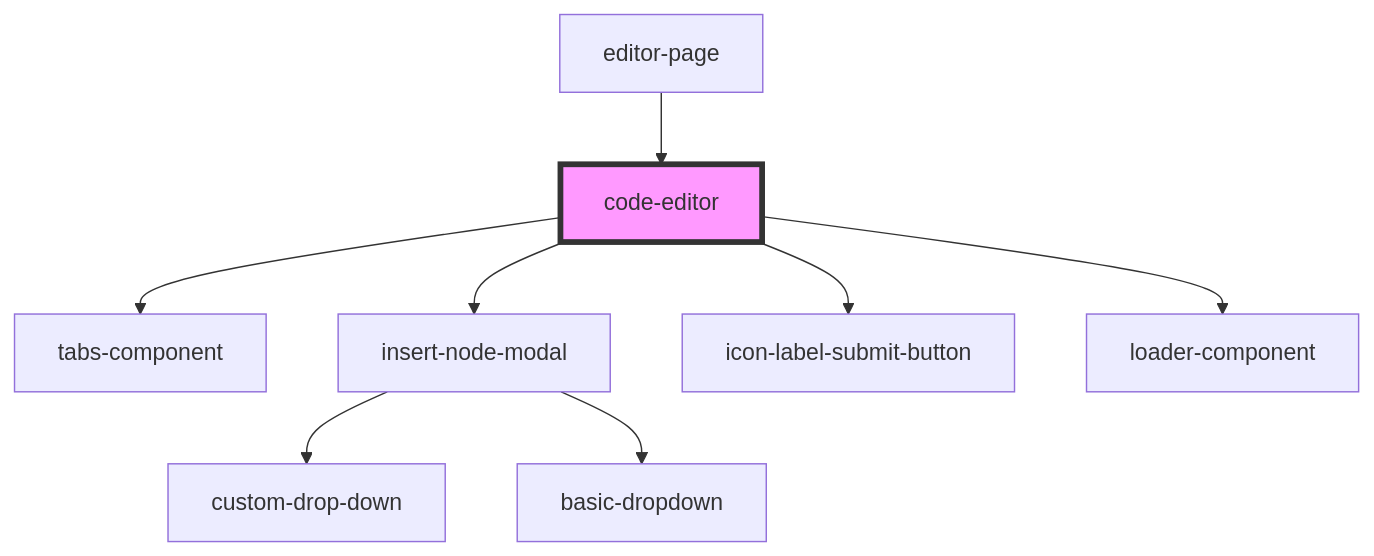
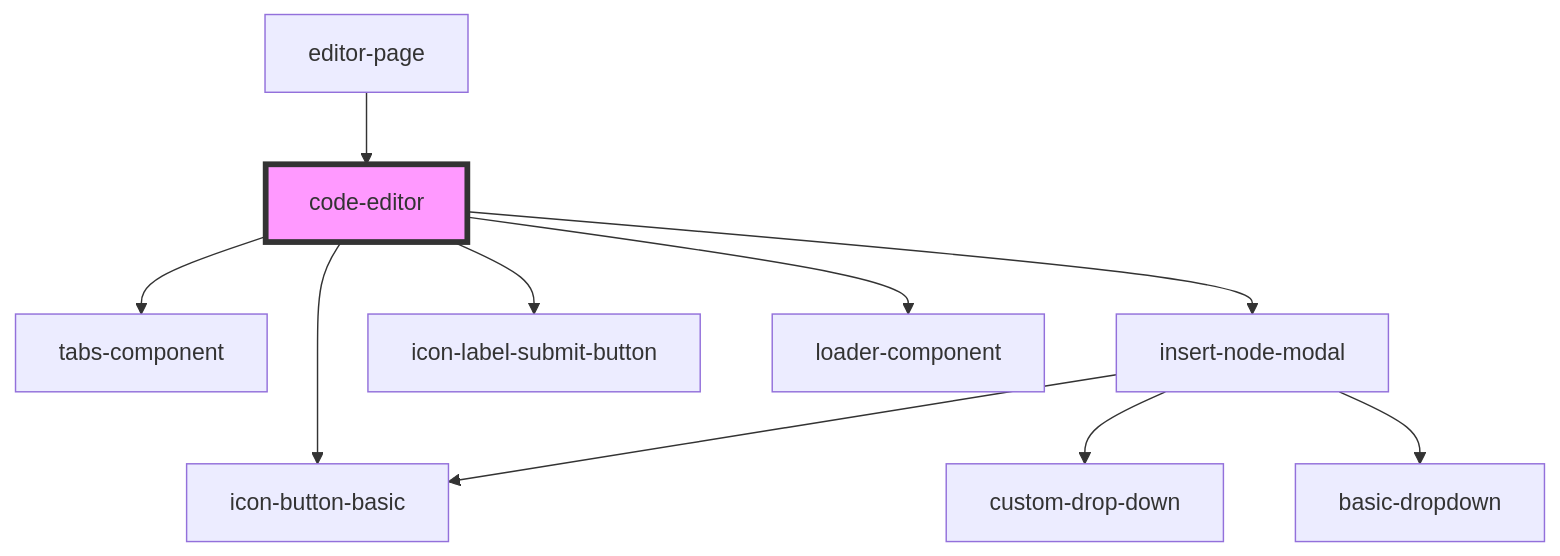
Before and after one commit to techvariable/NeptuneConnectComponents: the diagram in src/components/editorPage/code-editor/readme.md, drawn with Mermaid. The commit also changed other lines of this file and 22 other files, not shown here.

````diff
--- a/src/components/editorPage/code-editor/readme.md
+++ b/src/components/editorPage/code-editor/readme.md
@@ -31,11 +32,13 @@
 ```mermaid
 graph TD;
   code-editor --> tabs-component
   code-editor --> insert-node-modal
+  code-editor --> icon-button-basic
   code-editor --> icon-label-submit-button
   code-editor --> loader-component
+  insert-node-modal --> icon-button-basic
   insert-node-modal --> custom-drop-down
   insert-node-modal --> basic-dropdown
   editor-page --> code-editor
   style code-editor fill:#f9f,stroke:#333,stroke-width:4px
 ```
````
